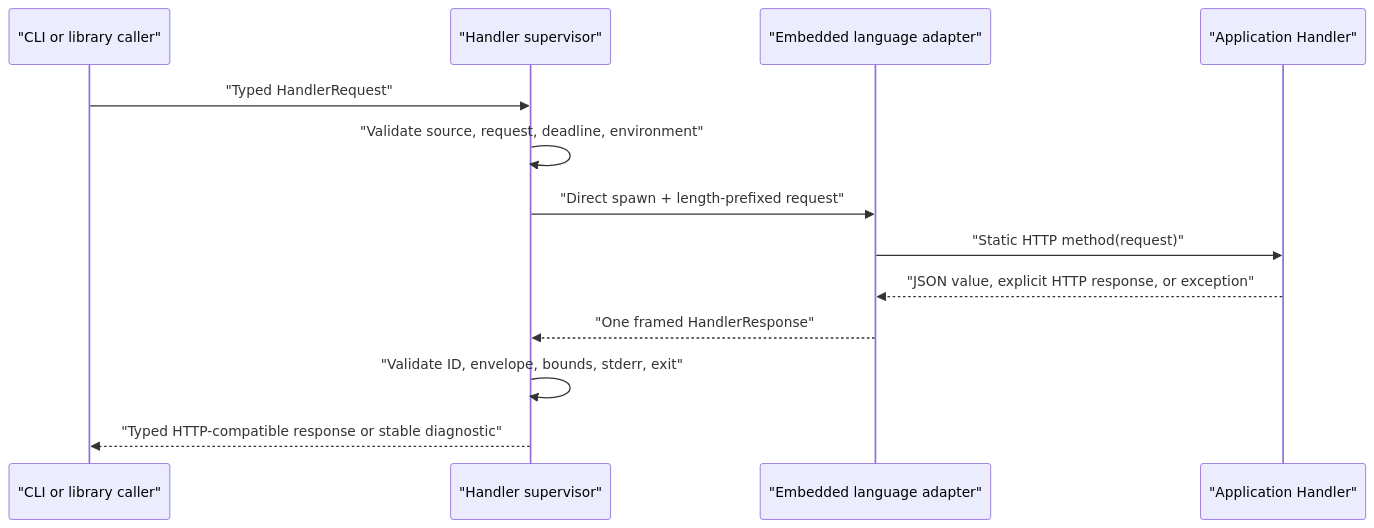
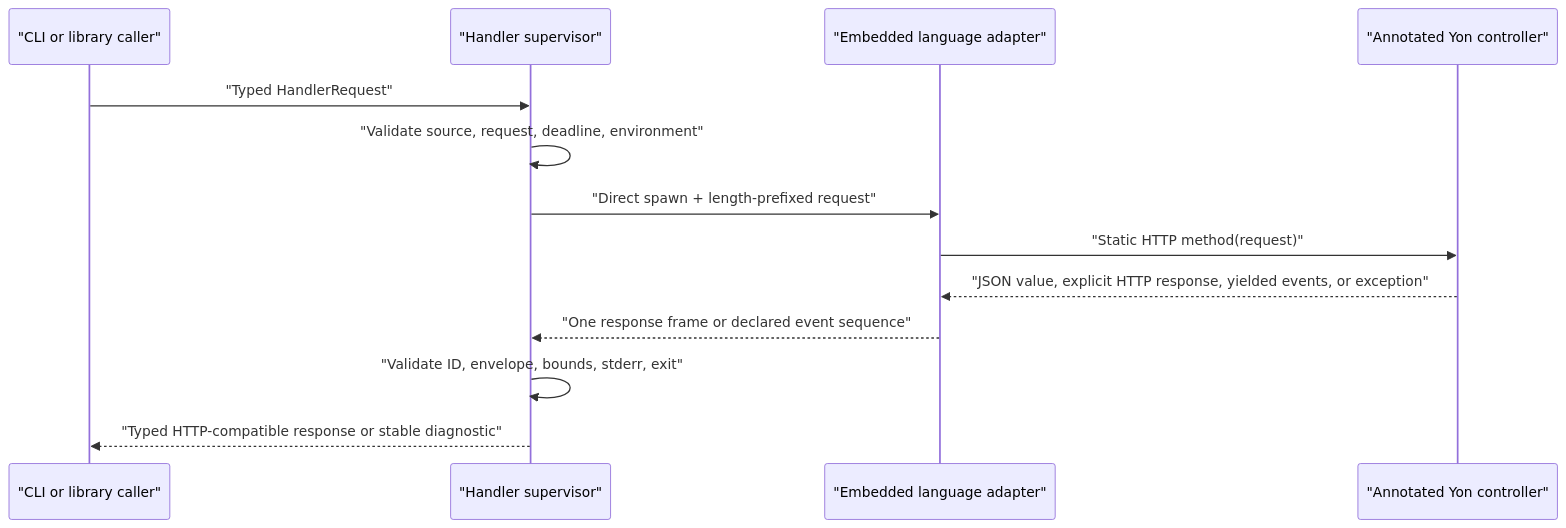
The second of 4 diagrams in docs/architecture/OVERVIEW.md (d31ma/Tachyon), drawn with Mermaid before and after one commit. The commit also changed other lines of this file and 75 other files, not shown here.

````diff
--- a/docs/architecture/OVERVIEW.md
+++ b/docs/architecture/OVERVIEW.md
@@ -82,15 +89,15 @@
 ```mermaid
 sequenceDiagram
     participant C as "CLI or library caller"
     participant S as "Handler supervisor"
     participant A as "Embedded language adapter"
-    participant H as "Application Handler"
+    participant H as "Annotated Yon controller"
     C->>S: "Typed HandlerRequest"
     S->>S: "Validate source, request, deadline, environment"
     S->>A: "Direct spawn + length-prefixed request"
     A->>H: "Static HTTP method(request)"
-    H-->>A: "JSON value, explicit HTTP response, or exception"
-    A-->>S: "One framed HandlerResponse"
+    H-->>A: "JSON value, explicit HTTP response, yielded events, or exception"
+    A-->>S: "One response frame or declared event sequence"
     S->>S: "Validate ID, envelope, bounds, stderr, exit"
     S-->>C: "Typed HTTP-compatible response or stable diagnostic"
 ```
````
